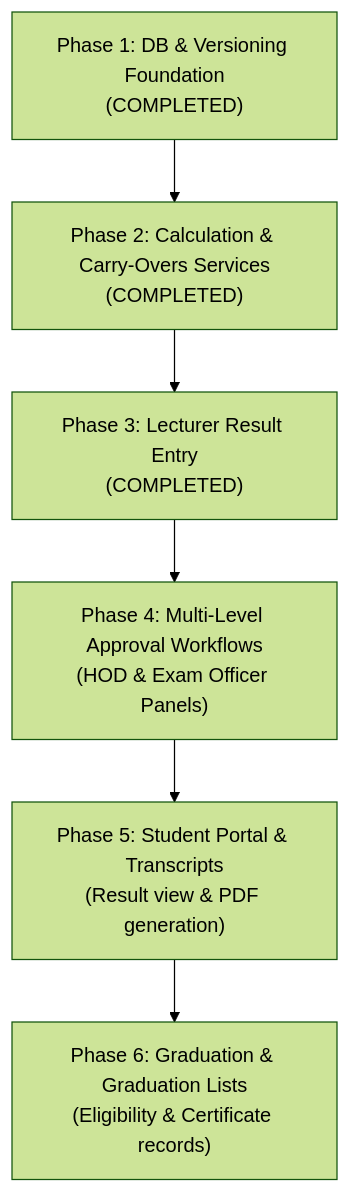
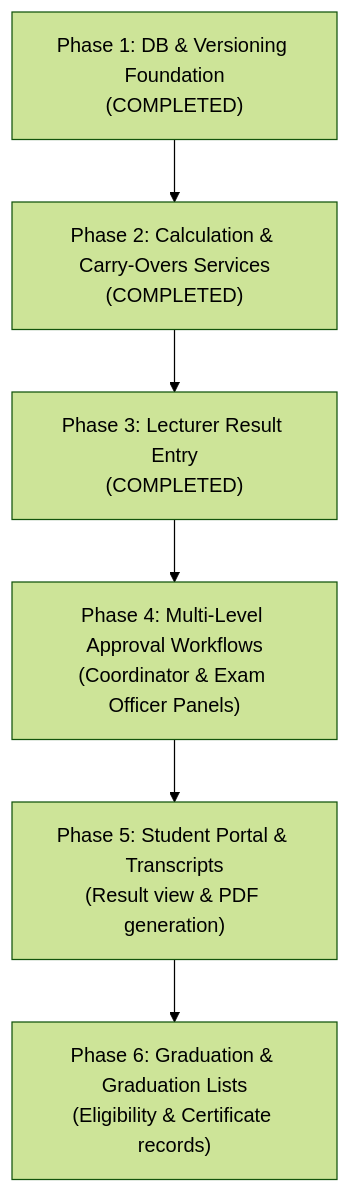
One commit to bashyauri/admission changed the diagram in result_processing_agent_phases.md. Above: the diagram before and after it, drawn with Mermaid (forest theme). The commit also changed other lines of this file and 11 other files, not shown here.

````diff
--- a/result_processing_agent_phases.md
+++ b/result_processing_agent_phases.md
@@ -21,8 +21,8 @@
 ```mermaid
 graph TD
     P1["Phase 1: DB & Versioning Foundation<br/>(COMPLETED)"] --> P2["Phase 2: Calculation & Carry-Overs Services<br/>(COMPLETED)"]
     P2 --> P3["Phase 3: Lecturer Result Entry<br/>(COMPLETED)"]
-    P3 --> P4["Phase 4: Multi-Level Approval Workflows<br/>(HOD & Exam Officer Panels)"]
+    P3 --> P4["Phase 4: Multi-Level Approval Workflows<br/>(Coordinator & Exam Officer Panels)"]
     P4 --> P5["Phase 5: Student Portal & Transcripts<br/>(Result view & PDF generation)"]
     P5 --> P6["Phase 6: Graduation & Graduation Lists<br/>(Eligibility & Certificate records)"]
 ```
````
